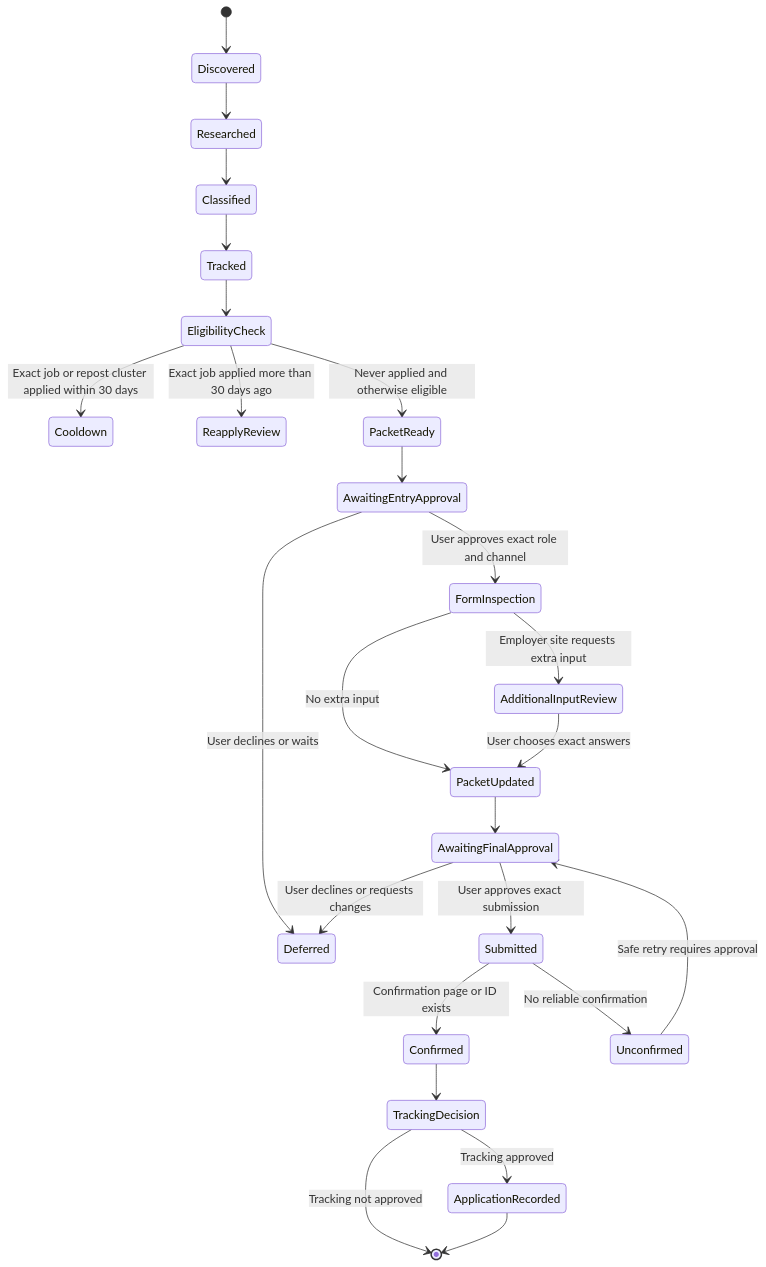
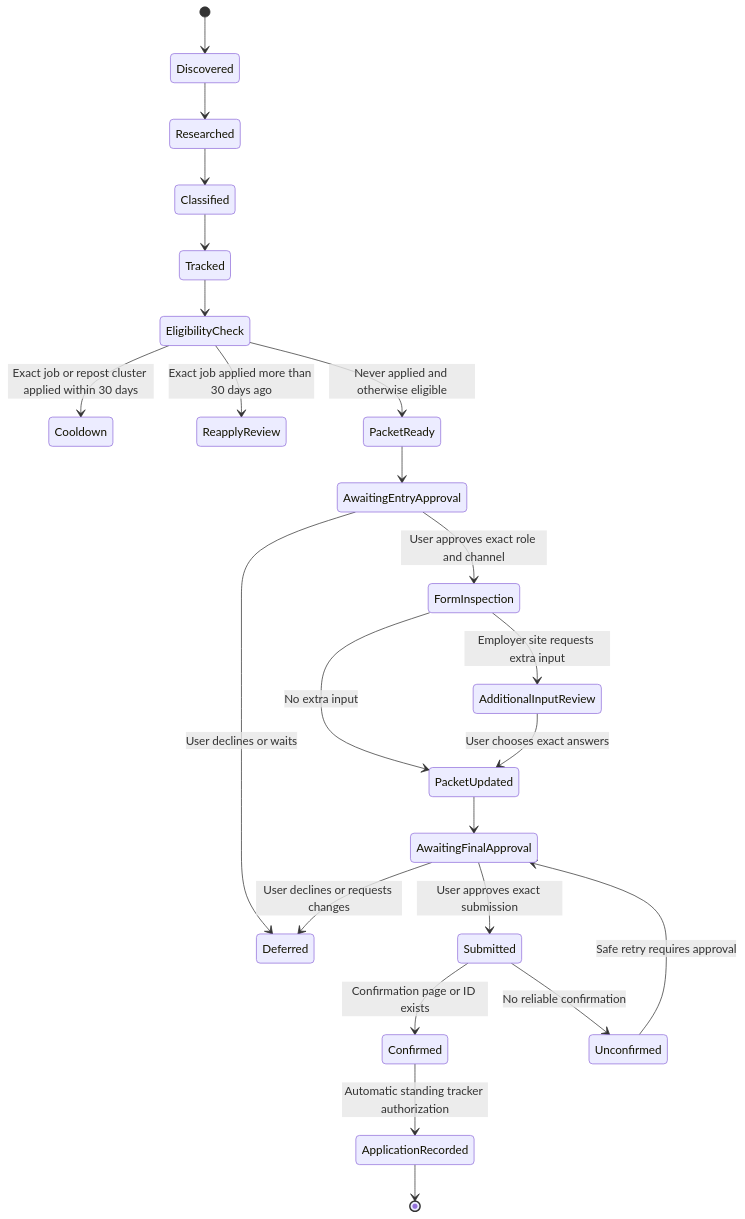
One commit to fsw0422/skills changed the first of 2 diagrams in linkedin-job-pilot/references/application-gates.md. Above: the diagram before and after it, drawn with Mermaid. The commit also changed other lines of this file and 2 other files, not shown here.

Commit message:
feat(linkedin-job-pilot): reuse application preferences

````diff
--- a/linkedin-job-pilot/references/application-gates.md
+++ b/linkedin-job-pilot/references/application-gates.md
@@ -7,27 +7,25 @@
 ```mermaid
 stateDiagram-v2
     [*] --> Discovered
     Discovered --> Researched
     Researched --> Classified
     Classified --> Tracked
     Tracked --> EligibilityCheck
     EligibilityCheck --> Cooldown: Exact job or repost cluster applied within 30 days
     EligibilityCheck --> ReapplyReview: Exact job applied more than 30 days ago
     EligibilityCheck --> PacketReady: Never applied and otherwise eligible
     PacketReady --> AwaitingEntryApproval
     AwaitingEntryApproval --> Deferred: User declines or waits
     AwaitingEntryApproval --> FormInspection: User approves exact role and channel
     FormInspection --> AdditionalInputReview: Employer site requests extra input
     FormInspection --> PacketUpdated: No extra input
     AdditionalInputReview --> PacketUpdated: User chooses exact answers
     PacketUpdated --> AwaitingFinalApproval
     AwaitingFinalApproval --> Deferred: User declines or requests changes
     AwaitingFinalApproval --> Submitted: User approves exact submission
     Submitted --> Confirmed: Confirmation page or ID exists
     Submitted --> Unconfirmed: No reliable confirmation
-    Confirmed --> TrackingDecision
-    TrackingDecision --> ApplicationRecorded: Tracking approved
-    TrackingDecision --> [*]: Tracking not approved
+    Confirmed --> ApplicationRecorded: Automatic standing tracker authorization
     ApplicationRecorded --> [*]
     Unconfirmed --> AwaitingFinalApproval: Safe retry requires approval
 ```
````
